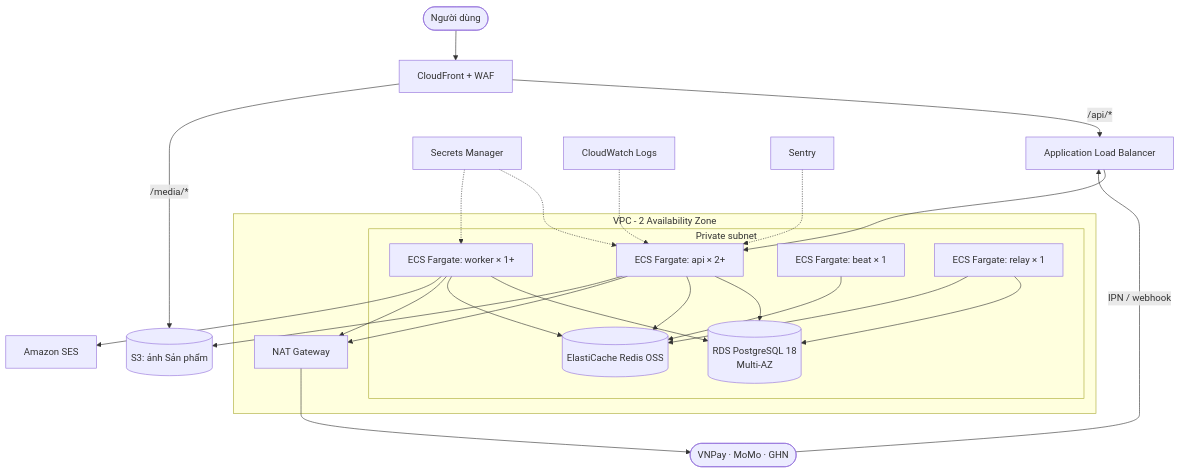
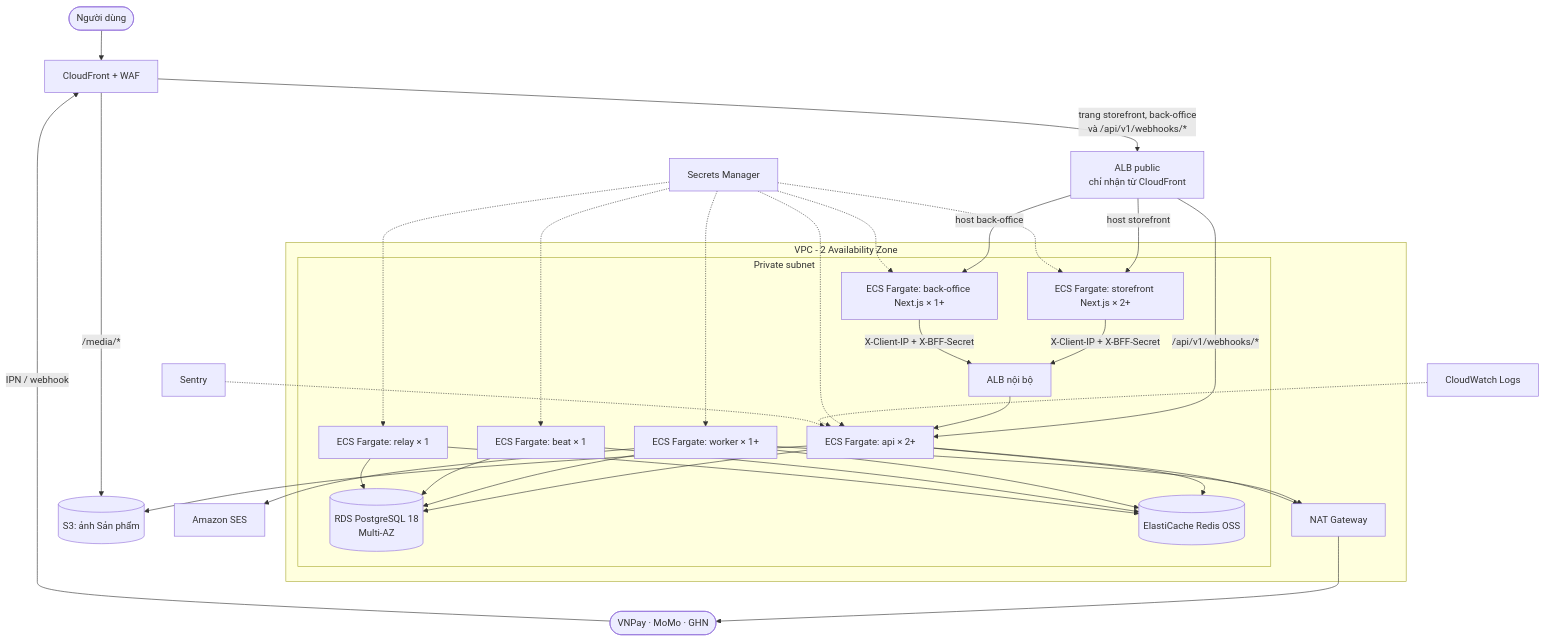
Before and after one commit to LuongCongThanh/boilerplate-ecommerce-next-16: the diagram in docs/architecture/09-deployment-aws-target.md, drawn with Mermaid. The commit also changed other lines of this file and 21 other files, not shown here.

First line of the commit message:
docs: resolve architecture review findings

````diff
--- a/docs/architecture/09-deployment-aws-target.md
+++ b/docs/architecture/09-deployment-aws-target.md
@@ -8,37 +9,50 @@
 ```mermaid
 graph TB
     users([Người dùng]) --> cf[CloudFront + WAF]
-    cf -->|/api/*| alb[Application Load Balancer]
+    providers([VNPay · MoMo · GHN]) -->|IPN / webhook| cf
     cf -->|/media/*| s3[(S3: ảnh Sản phẩm)]
-    providers([VNPay · MoMo · GHN]) -->|IPN / webhook| alb
+    cf -->|trang storefront, back-office<br/>và /api/v1/webhooks/*| alb[ALB public<br/>chỉ nhận từ CloudFront]
 
     subgraph vpc [VPC - 2 Availability Zone]
         subgraph private [Private subnet]
+            sf[ECS Fargate: storefront Next.js × 2+]
+            bo[ECS Fargate: back-office Next.js × 1+]
+            ialb[ALB nội bộ]
             api[ECS Fargate: api × 2+]
             worker[ECS Fargate: worker × 1+]
             beat[ECS Fargate: beat × 1]
             relay[ECS Fargate: relay × 1]
             rds[(RDS PostgreSQL 18<br/>Multi-AZ)]
             redis[(ElastiCache Redis OSS)]
         end
         nat[NAT Gateway]
     end
 
-    alb --> api
+    alb -->|host storefront| sf
+    alb -->|host back-office| bo
+    alb -->|/api/v1/webhooks/*| api
+    sf -->|X-Client-IP + X-BFF-Secret| ialb
+    bo -->|X-Client-IP + X-BFF-Secret| ialb
+    ialb --> api
     api --> rds
     api --> redis
     worker --> rds
     worker --> redis
+    beat --> rds
     beat --> redis
     relay --> rds
     relay --> redis
     worker --> nat
     api --> nat
     nat --> providers
     worker --> ses[Amazon SES]
     api --> s3
     secrets[Secrets Manager] -.-> api
     secrets -.-> worker
+    secrets -.-> beat
+    secrets -.-> relay
+    secrets -.-> sf
+    secrets -.-> bo
     logs[CloudWatch Logs] -.-> api
     sentry[Sentry] -.-> api
 ```
````
